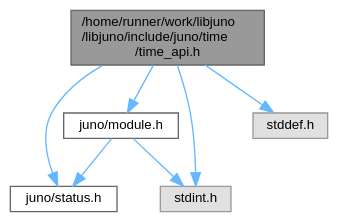
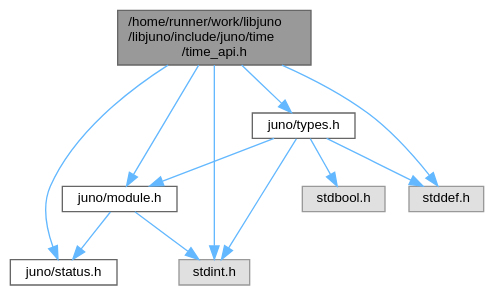
The diagram in time__api_8h__incl.dot (robinonsay/libjuno), drawn with Graphviz before and after one commit. The commit also changed 154 other files, not shown here.

```diff
--- a/time__api_8h__incl.dot
+++ b/time__api_8h__incl.dot
@@ -1,18 +1,25 @@
 digraph "/home/runner/work/libjuno/libjuno/include/juno/time/time_api.h"
 {
  // LATEX_PDF_SIZE
   bgcolor="transparent";
   edge [fontname=Helvetica,fontsize=10,labelfontname=Helvetica,labelfontsize=10];
   node [fontname=Helvetica,fontsize=10,shape=box,height=0.2,width=0.4];
   Node1 [id="Node000001",label="/home/runner/work/libjuno\l/libjuno/include/juno/time\l/time_api.h",height=0.2,width=0.4,color="gray40", fillcolor="grey60", style="filled", fontcolor="black",tooltip=" "];
   Node1 -> Node2 [id="edge1_Node000001_Node000002",color="steelblue1",style="solid",tooltip=" "];
   Node2 [id="Node000002",label="juno/status.h",height=0.2,width=0.4,color="grey40", fillcolor="white", style="filled",URL="$status_8h.html",tooltip=" "];
   Node1 -> Node3 [id="edge2_Node000001_Node000003",color="steelblue1",style="solid",tooltip=" "];
   Node3 [id="Node000003",label="juno/module.h",height=0.2,width=0.4,color="grey40", fillcolor="white", style="filled",URL="$module_8h.html",tooltip=" "];
   Node3 -> Node2 [id="edge3_Node000003_Node000002",color="steelblue1",style="solid",tooltip=" "];
   Node3 -> Node4 [id="edge4_Node000003_Node000004",color="steelblue1",style="solid",tooltip=" "];
   Node4 [id="Node000004",label="stdint.h",height=0.2,width=0.4,color="grey60", fillcolor="#E0E0E0", style="filled",tooltip=" "];
   Node1 -> Node5 [id="edge5_Node000001_Node000005",color="steelblue1",style="solid",tooltip=" "];
-  Node5 [id="Node000005",label="stddef.h",height=0.2,width=0.4,color="grey60", fillcolor="#E0E0E0", style="filled",tooltip=" "];
-  Node1 -> Node4 [id="edge6_Node000001_Node000004",color="steelblue1",style="solid",tooltip=" "];
+  Node5 [id="Node000005",label="juno/types.h",height=0.2,width=0.4,color="grey40", fillcolor="white", style="filled",URL="$types_8h.html",tooltip=" "];
+  Node5 -> Node3 [id="edge6_Node000005_Node000003",color="steelblue1",style="solid",tooltip=" "];
+  Node5 -> Node6 [id="edge7_Node000005_Node000006",color="steelblue1",style="solid",tooltip=" "];
+  Node6 [id="Node000006",label="stdbool.h",height=0.2,width=0.4,color="grey60", fillcolor="#E0E0E0", style="filled",tooltip=" "];
+  Node5 -> Node7 [id="edge8_Node000005_Node000007",color="steelblue1",style="solid",tooltip=" "];
+  Node7 [id="Node000007",label="stddef.h",height=0.2,width=0.4,color="grey60", fillcolor="#E0E0E0", style="filled",tooltip=" "];
+  Node5 -> Node4 [id="edge9_Node000005_Node000004",color="steelblue1",style="solid",tooltip=" "];
+  Node1 -> Node7 [id="edge10_Node000001_Node000007",color="steelblue1",style="solid",tooltip=" "];
+  Node1 -> Node4 [id="edge11_Node000001_Node000004",color="steelblue1",style="solid",tooltip=" "];
 }
```
